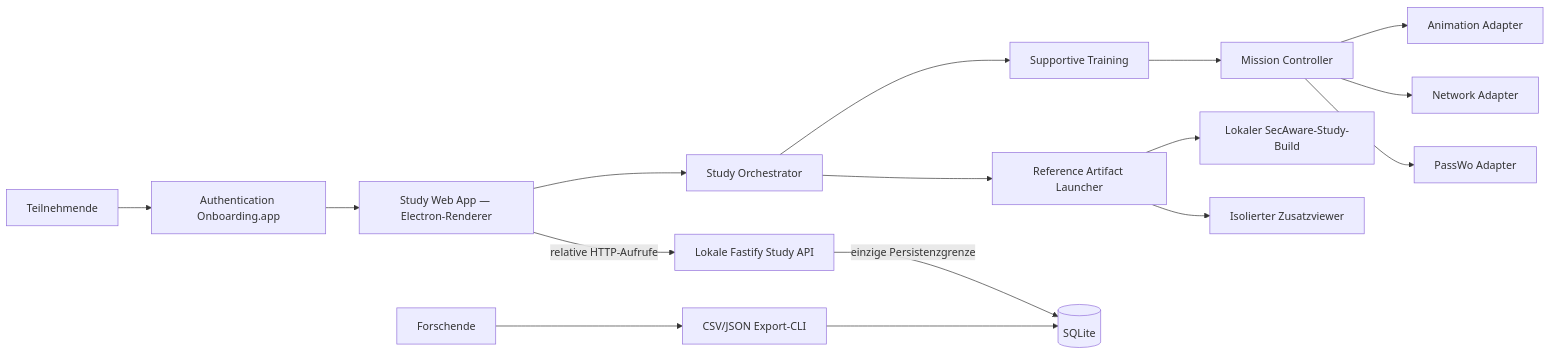
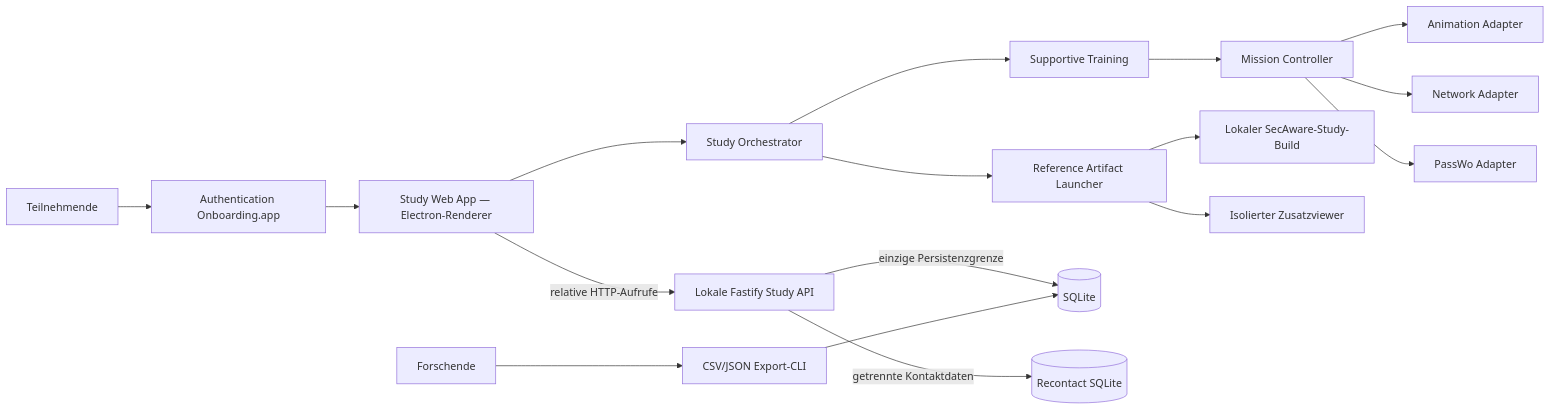
Before and after one commit to GitJestry/passwo-authentication-onboarding: the first of 2 diagrams in docs/architecture/ARCHITECTURE.md, drawn with Mermaid. The commit also changed other lines of this file and 38 other files, not shown here.

````diff
--- a/docs/architecture/ARCHITECTURE.md
+++ b/docs/architecture/ARCHITECTURE.md
@@ -12,18 +12,19 @@
 ```mermaid
 flowchart LR
   P[Teilnehmende] --> D[Authentication Onboarding.app]
   D --> W[Study Web App — Electron-Renderer]
   W --> O[Study Orchestrator]
   O --> T[Supportive Training]
   O --> X[Reference Artifact Launcher]
   T --> M[Mission Controller]
   M --> A[Animation Adapter]
   M --> N[Network Adapter]
   M --> C[PassWo Adapter]
   W -->|relative HTTP-Aufrufe| API[Lokale Fastify Study API]
   API -->|einzige Persistenzgrenze| DB[(SQLite)]
+  API -->|getrennte Kontaktdaten| RC[(Recontact SQLite)]
   R[Forschende] --> E[CSV/JSON Export-CLI]
   E --> DB
   X --> S[Lokaler SecAware-Study-Build]
   X --> V[Isolierter Zusatzviewer]
 ```
````
